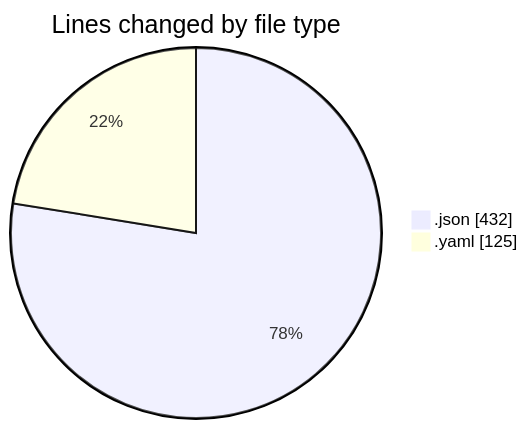
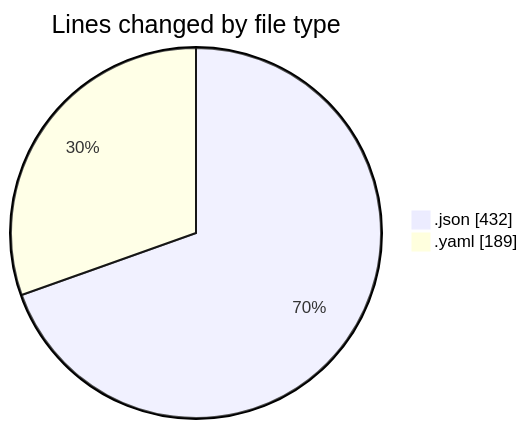
The first of 2 diagrams in 2025-08-03/macrowhisper/README.md (EIIisD/code-tracking), drawn with Mermaid before and after one commit. The commit also changed other lines of this file and 1 other file, not shown here.

````diff
--- a/2025-08-03/macrowhisper/README.md
+++ b/2025-08-03/macrowhisper/README.md
@@ -22,6 +22,6 @@
 ```mermaid
 pie showData
 title Lines changed by file type
 ".json" : 432
-".yaml" : 125
+".yaml" : 189
 ```
````
